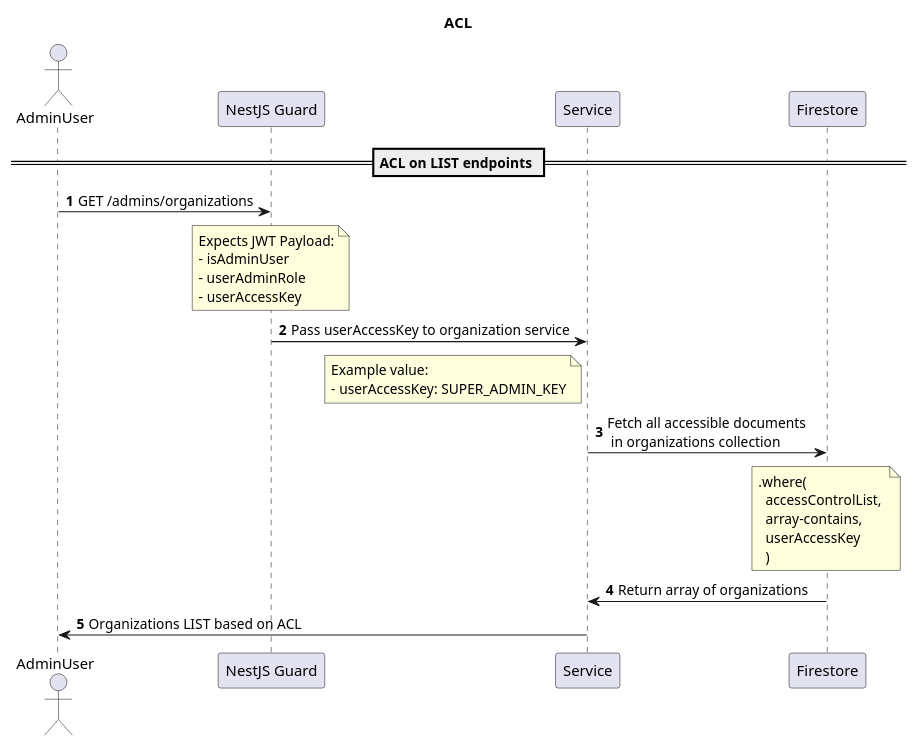
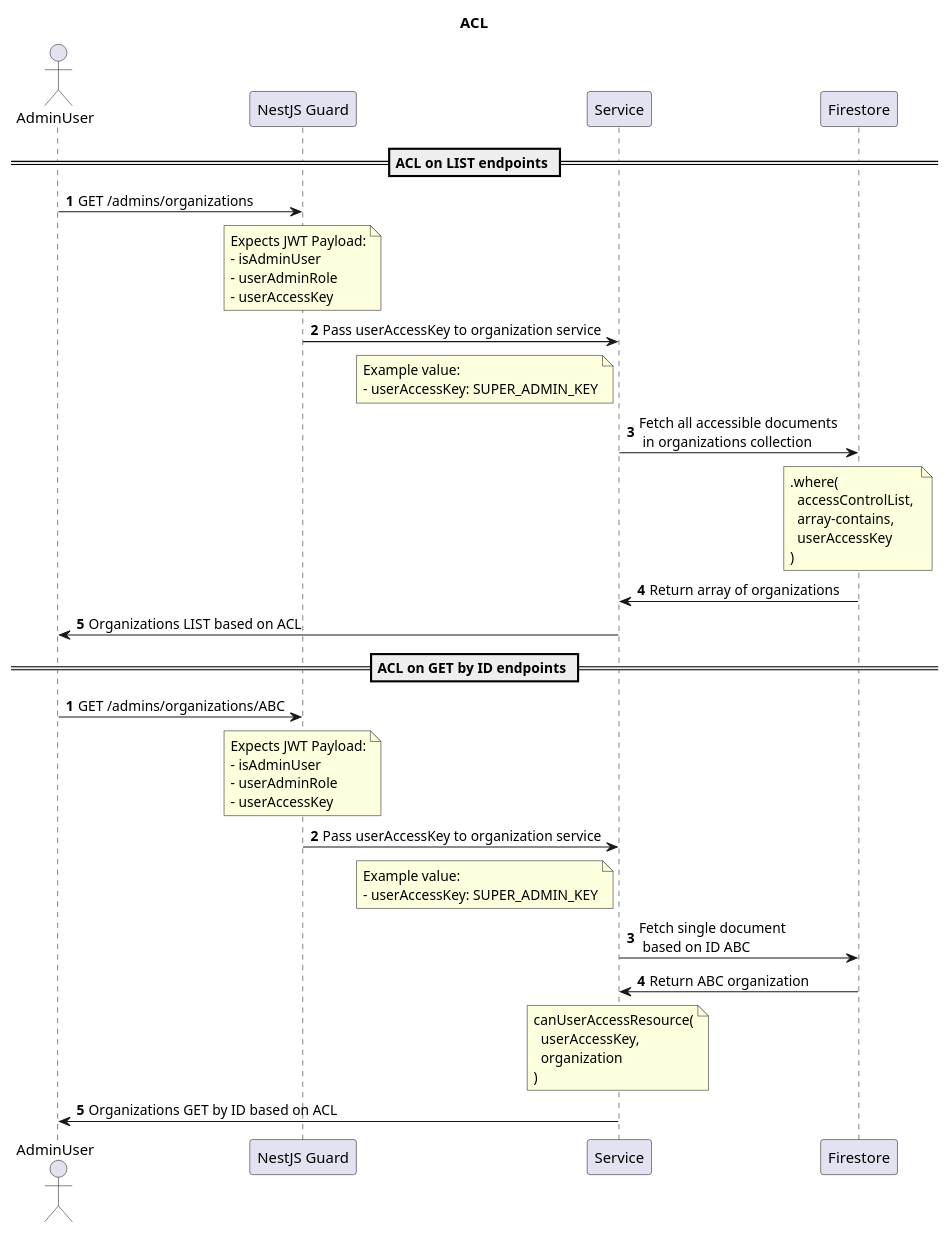
One commit to mamori-i-japan/mamori-i-japan-api changed the diagram in docs/acl.pu. Above: the diagram before and after it, drawn with PlantUML.

Commit message:
:construction: ACL - GET by ID flow

```diff
--- a/docs/acl.pu
+++ b/docs/acl.pu
@@ -1,36 +1,66 @@
 @startuml
 
 title ACL
 
 == ACL on LIST endpoints ==
 autonumber 1
 
 actor AdminUser
 AdminUser  -> "NestJS Guard": GET /admins/organizations
 note over "NestJS Guard" 
 Expects JWT Payload:
 - isAdminUser 
 - userAdminRole 
 - userAccessKey
 end note
 
 "NestJS Guard" -> "Service":  Pass userAccessKey to organization service
 note left "Service" 
 Example value: 
 - userAccessKey: SUPER_ADMIN_KEY
 end note
 
 "Service" -> "Firestore": Fetch all accessible documents \n in organizations collection
 note over "Firestore" 
 .where(
   accessControlList, 
   array-contains, 
   userAccessKey
-  )
+)
 end note
 
 "Firestore" -> "Service": Return array of organizations
 
 "Service" -> "AdminUser": Organizations LIST based on ACL
 
+
+== ACL on GET by ID endpoints ==
+autonumber 1
+
+AdminUser  -> "NestJS Guard": GET /admins/organizations/ABC
+note over "NestJS Guard" 
+Expects JWT Payload:
+- isAdminUser 
+- userAdminRole 
+- userAccessKey
+end note
+
+"NestJS Guard" -> "Service":  Pass userAccessKey to organization service
+note left "Service" 
+Example value: 
+- userAccessKey: SUPER_ADMIN_KEY
+end note
+
+"Service" -> "Firestore": Fetch single document \n based on ID ABC
+
+"Firestore" -> "Service": Return ABC organization
+note over "Service" 
+canUserAccessResource(
+  userAccessKey, 
+  organization
+)
+end note
+
+"Service" -> "AdminUser": Organizations GET by ID based on ACL
+
 @enduml
```
